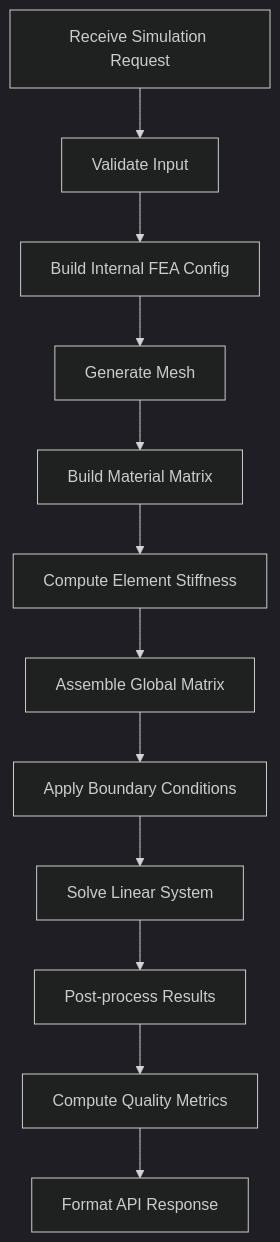
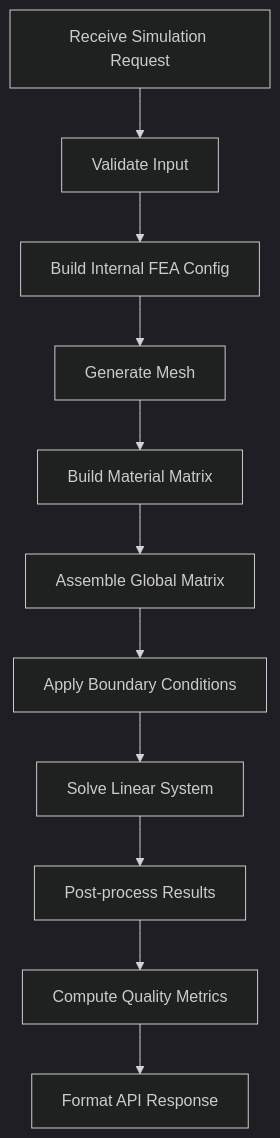
One commit to menotliam/Mobile-based-FEA-Meshing-System changed the second of 2 diagrams in Architecture.md. Above: the diagram before and after it, drawn with Mermaid (dark theme). The commit also changed other lines of this file, not shown here.

````diff
--- a/Architecture.md
+++ b/Architecture.md
@@ -361,14 +396,13 @@
 ```mermaid
 flowchart TD
     A[Receive Simulation Request] --> B[Validate Input]
     B --> C[Build Internal FEA Config]
     C --> D[Generate Mesh]
     D --> E[Build Material Matrix]
-    E --> F[Compute Element Stiffness]
-    F --> G[Assemble Global Matrix]
-    G --> H[Apply Boundary Conditions]
-    H --> I[Solve Linear System]
-    I --> J[Post-process Results]
-    J --> K[Compute Quality Metrics]
-    K --> L[Format API Response]
+    E --> F[Assemble Global Matrix]
+    F --> G[Apply Boundary Conditions]
+    G --> H[Solve Linear System]
+    H --> I[Post-process Results]
+    I --> J[Compute Quality Metrics]
+    J --> K[Format API Response]
 ```
````
